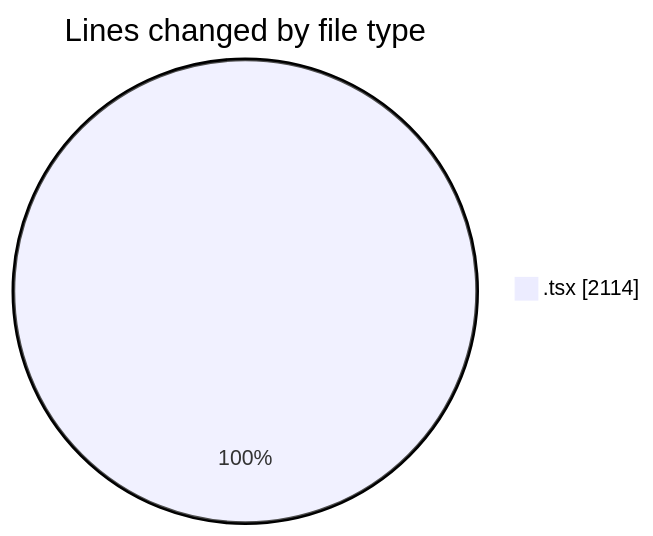
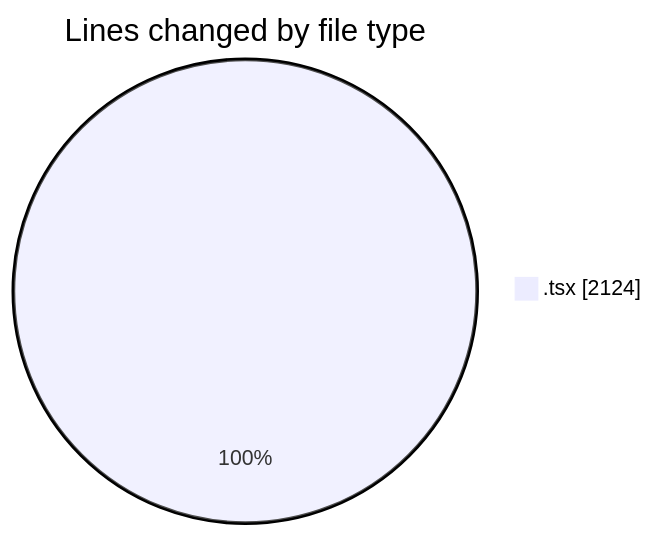
One commit to nxtqubesakshisongat/code-tracking changed the first of 2 diagrams in 2026-06-22/nxtqube_webapp/README.md. Above: the diagram before and after it, drawn with Mermaid. The commit also changed other lines of this file and 1 other file, not shown here.

````diff
--- a/2026-06-22/nxtqube_webapp/README.md
+++ b/2026-06-22/nxtqube_webapp/README.md
@@ -21,5 +21,5 @@
 ```mermaid
 pie showData
 title Lines changed by file type
-".tsx" : 2114
+".tsx" : 2124
 ```
````
